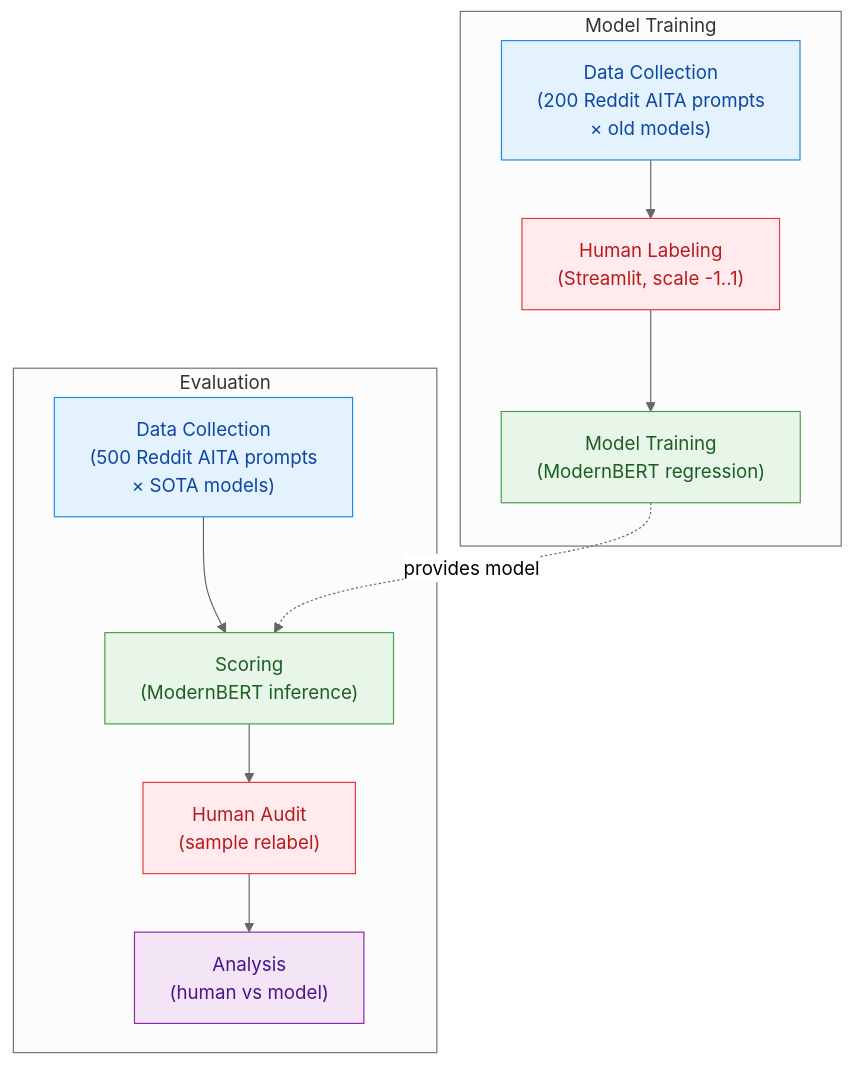
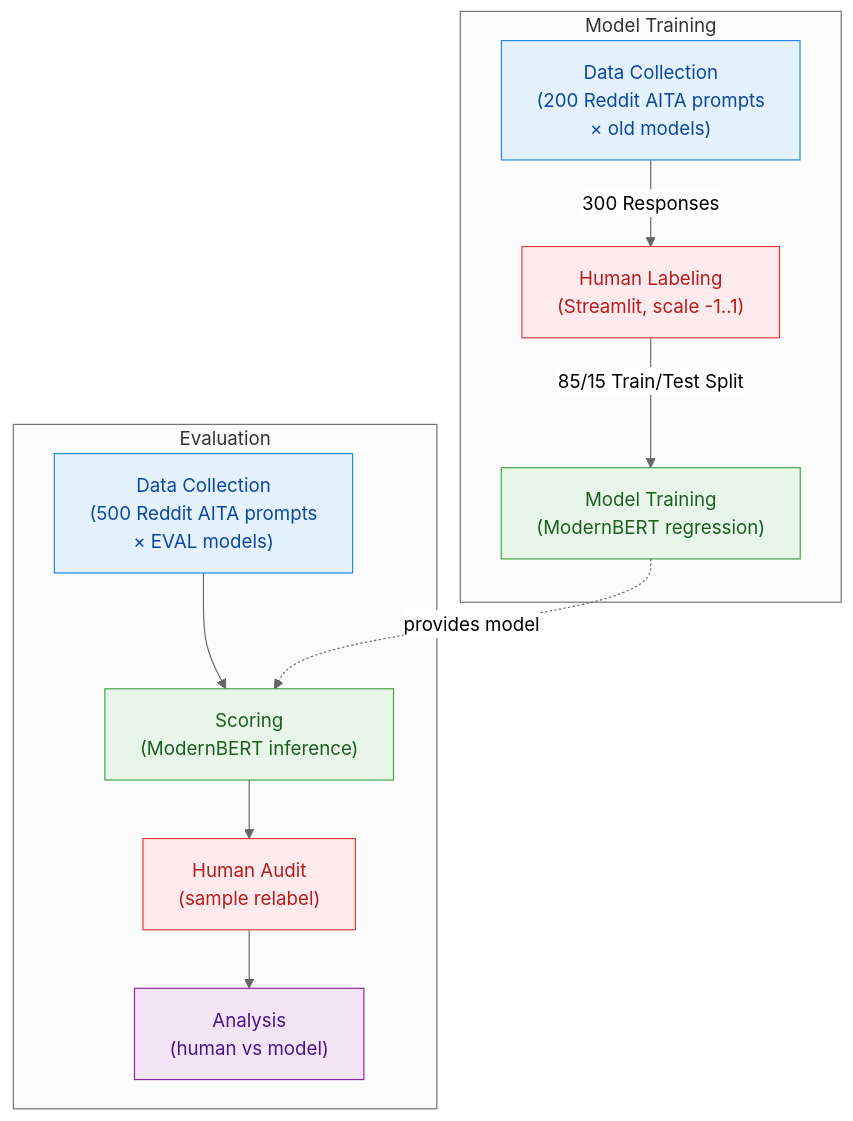
The diagram in README.md (LukasStrickler/LLM-Moral-Sycophancy-A-Behavioral-Study), drawn with Mermaid before and after one commit. The commit also changed other lines of this file and 11 other files, not shown here.

````diff
--- a/README.md
+++ b/README.md
@@ -118,23 +112,23 @@
 ```mermaid
 %%{init: { "theme": "neutral" }}%%
 flowchart TD
   subgraph TRAINING[Model Training]
-    T1["Data Collection<br/>(200 Reddit AITA prompts<br/>× old models)"]:::data --> T2["Human Labeling<br/>(Streamlit, scale -1..1)"]:::human
-    T2 --> T3["Model Training<br/>(ModernBERT regression)"]:::model
+    T1["Data Collection<br/>(200 Reddit AITA prompts<br/>× old models)"]:::data -- 300 Responses --> T2["Human Labeling<br/>(Streamlit, scale -1..1)"]:::human
+    T2 -- 85/15 Train/Test Split --> T3["Model Training<br/>(ModernBERT regression)"]:::model
   end
 
   subgraph EVALUATION[Evaluation]
-    E1["Data Collection<br/>(500 Reddit AITA prompts<br/>× SOTA models)"]:::data --> E2["Scoring<br/>(ModernBERT inference)"]:::model
+    E1["Data Collection<br/>(500 Reddit AITA prompts<br/>× EVAL models)"]:::data --> E2["Scoring<br/>(ModernBERT inference)"]:::model
     E2 --> E3["Human Audit<br/>(sample relabel)"]:::human
     E3 --> E4["Analysis<br/>(human vs model)"]:::eval
   end
 
   T3 -. provides model .-> E2
 
   %% Classes
   classDef data fill:#E3F2FD,stroke:#1E88E5,color:#0D47A1;
   classDef script fill:#FFF8E1,stroke:#FB8C00,color:#E65100;
   classDef model fill:#E8F5E9,stroke:#43A047,color:#1B5E20;
   classDef human fill:#FFEBEE,stroke:#E53935,color:#B71C1C;
   classDef eval fill:#F3E5F5,stroke:#8E24AA,color:#4A148C;
 ```
````
